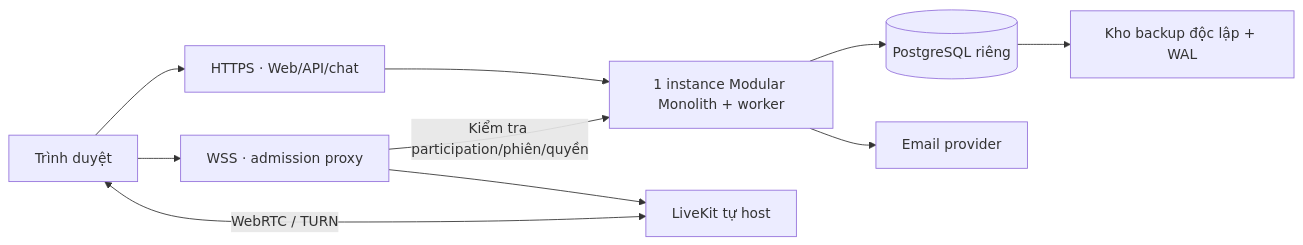
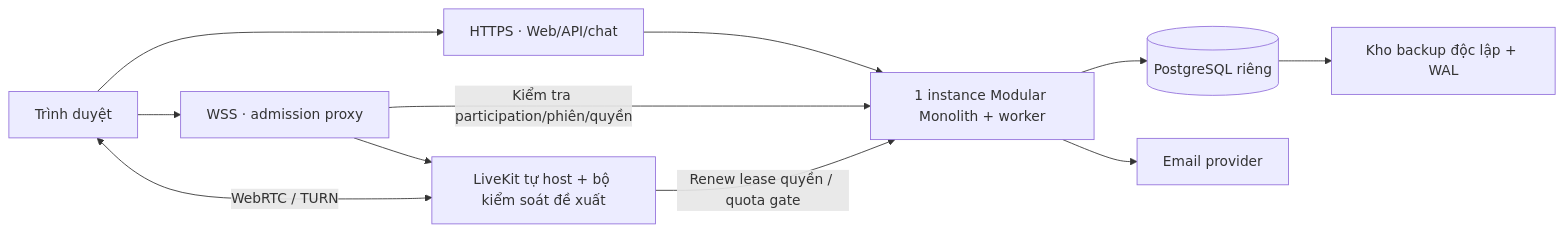
One commit to Chyeonma/scdc changed the diagram in docs/release-operations.md. Above: the diagram before and after it, drawn with Mermaid. The commit also changed other lines of this file and 28 other files, not shown here.

````diff
--- a/docs/release-operations.md
+++ b/docs/release-operations.md
@@ -121,12 +224,13 @@
 ```mermaid
 flowchart LR
     Browser[Trình duyệt] --> HTTPS[HTTPS · Web/API/chat]
     HTTPS --> API[1 instance Modular Monolith + worker]
     API --> DB[(PostgreSQL riêng)]
     API --> Email[Email provider]
     Browser --> Admission[WSS · admission proxy]
-    Admission --> SFU[LiveKit tự host]
+    Admission --> SFU[LiveKit tự host + bộ kiểm soát đề xuất]
     Admission -->|Kiểm tra participation/phiên/quyền| API
+    SFU -->|Renew lease quyền / quota gate| API
     Browser <-->|WebRTC / TURN| SFU
     DB --> Backup[Kho backup độc lập + WAL]
 ```
````
